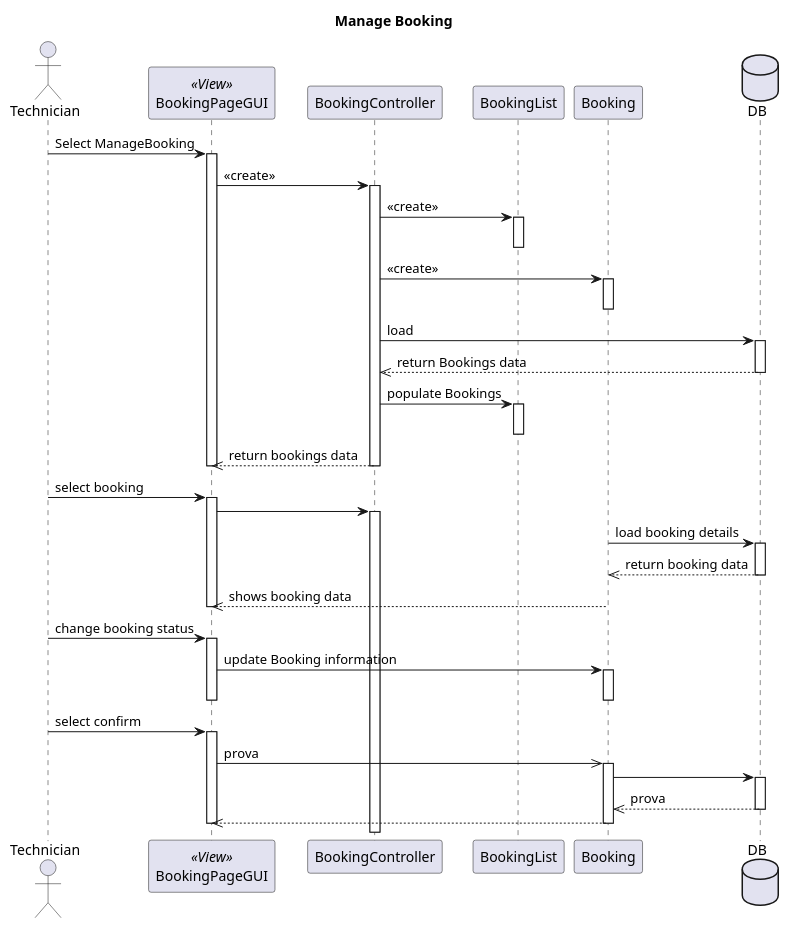
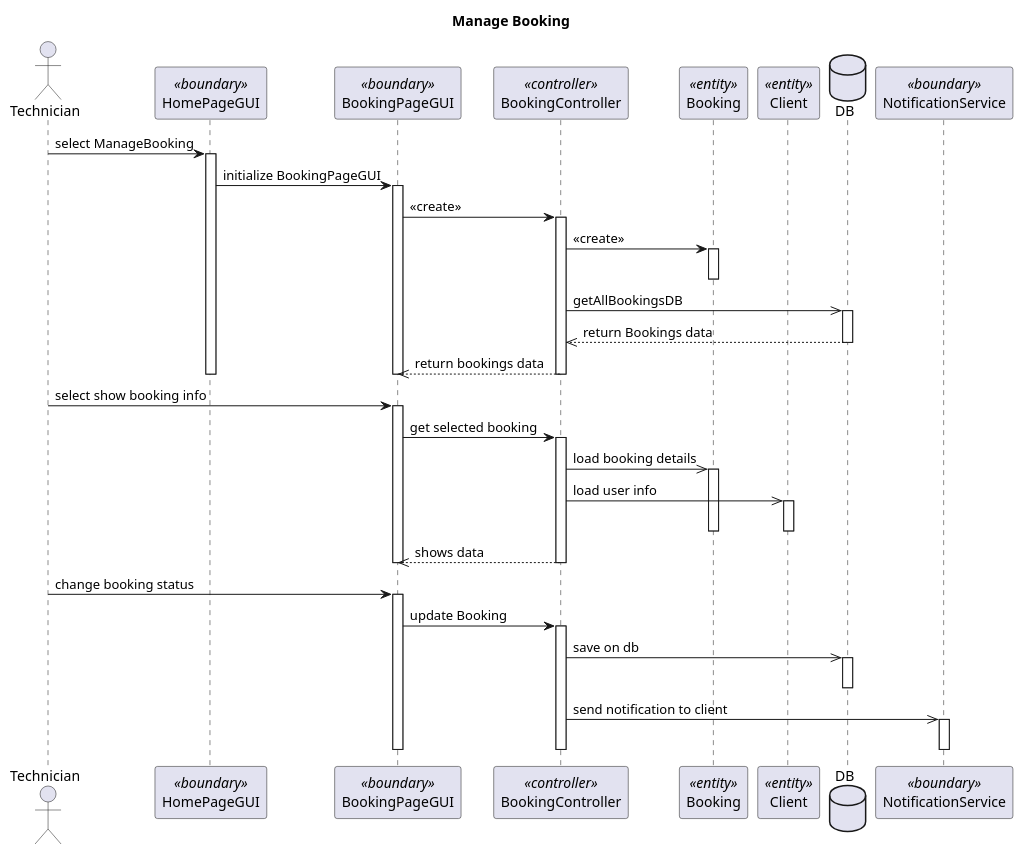
One commit to GiuEliNo/JustIT changed the diagram in doc/sequence_diagram/SD_ManageBooking.md. Above: the diagram before and after it, drawn with PlantUML.

Commit message:
fix (doc): SD_ManageBooking.md

```diff
--- a/doc/sequence_diagram/SD_ManageBooking.md
+++ b/doc/sequence_diagram/SD_ManageBooking.md
@@ -1,69 +1,61 @@
 @startuml
 
 
 title Manage Booking
 
 actor Technician
 
-participant BookingPageGUI <<View>>
+participant HomePageGUI <<boundary>>
+participant BookingPageGUI <<boundary>>
+participant BookingController <<controller>>
+participant Booking <<entity>>
+participant Client <<entity>>
+database DB
+participant NotificationService <<boundary>>
 
-Technician -> BookingPageGUI: Select ManageBooking
+Technician -> HomePageGUI: select ManageBooking
+activate HomePageGUI
+HomePageGUI -> BookingPageGUI: initialize BookingPageGUI
 activate BookingPageGUI
 
 BookingPageGUI -> BookingController ++: <<create>>
-BookingController -> BookingList ++: <<create>>
-deactivate BookingList
-BookingController -> Booking++: <<create>>
-
+BookingController -> Booking ++: <<create>>
 deactivate Booking
-
-database DB
-BookingController -> DB ++: load
-
+BookingController ->> DB ++: getAllBookingsDB
 DB -->> BookingController --: return Bookings data
 
-BookingController -> BookingList++: populate Bookings
-deactivate BookingList
 
-BookingController -->> BookingPageGUI--: return bookings data
+BookingController -->> BookingPageGUI --: return bookings data
+deactivate HomePageGUI
 
 
 deactivate BookingPageGUI
 
-Technician -> BookingPageGUI: select booking
+Technician -> BookingPageGUI: select show booking info
 activate BookingPageGUI
 
-BookingPageGUI -> BookingController ++:
+BookingPageGUI -> BookingController ++: get selected booking
+BookingController ->> Booking : load booking details
+activate Booking
+BookingController ->> Client : load user info
+activate Client
+deactivate Booking
+deactivate Client
 
-Booking -> DB ++: load booking details
-DB -->> Booking--: return booking data
-
-Booking-->> BookingPageGUI --: shows booking data
+BookingController-->> BookingPageGUI --: shows data
 
 deactivate BookingPageGUI
 
 
 Technician -> BookingPageGUI: change booking status
 activate BookingPageGUI
 
-BookingPageGUI -> Booking: update Booking information
-activate Booking
-deactivate Booking
-
+BookingPageGUI -> BookingController ++: update Booking
+BookingController ->> DB ++: save on db
+deactivate DB
+BookingController ->> NotificationService ++: send notification to client
+deactivate NotificationService
+deactivate BookingController
 deactivate BookingPageGUI
 
-Technician -> BookingPageGUI ++: select confirm
-
-BookingPageGUI ->> Booking++: prova
-
-Booking -> DB ++
-DB -->> Booking --: prova
-
-Booking -->> BookingPageGUI--
-
-deactivate BookingPageGUI
-
-
-
-
 @enduml
```
